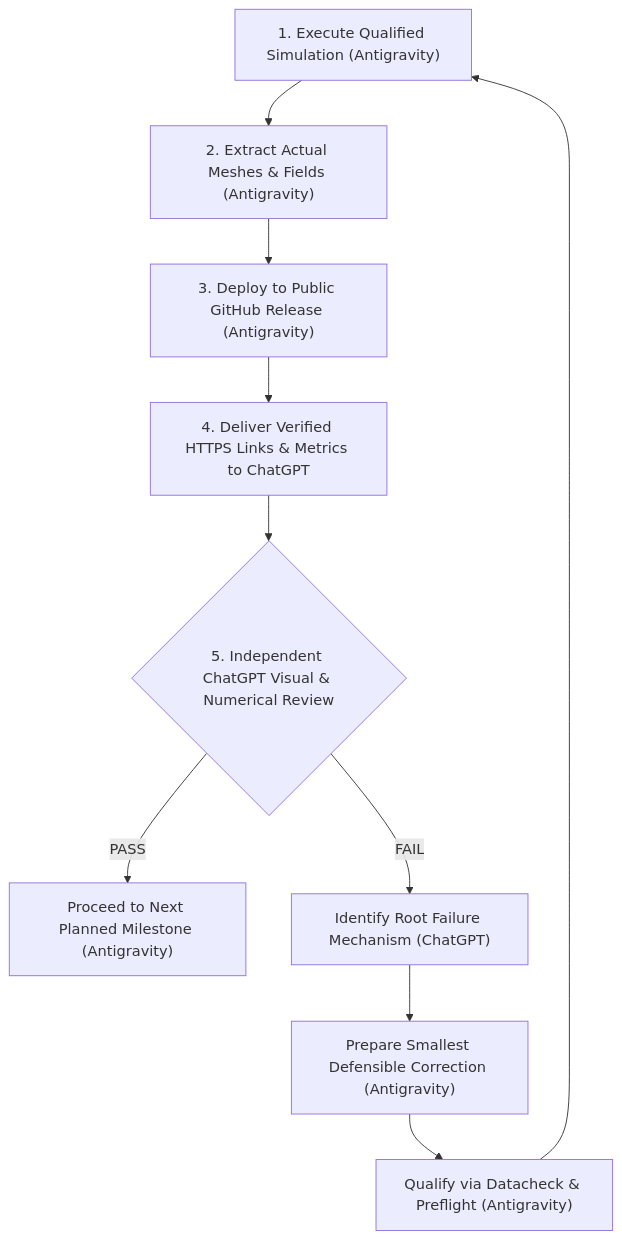
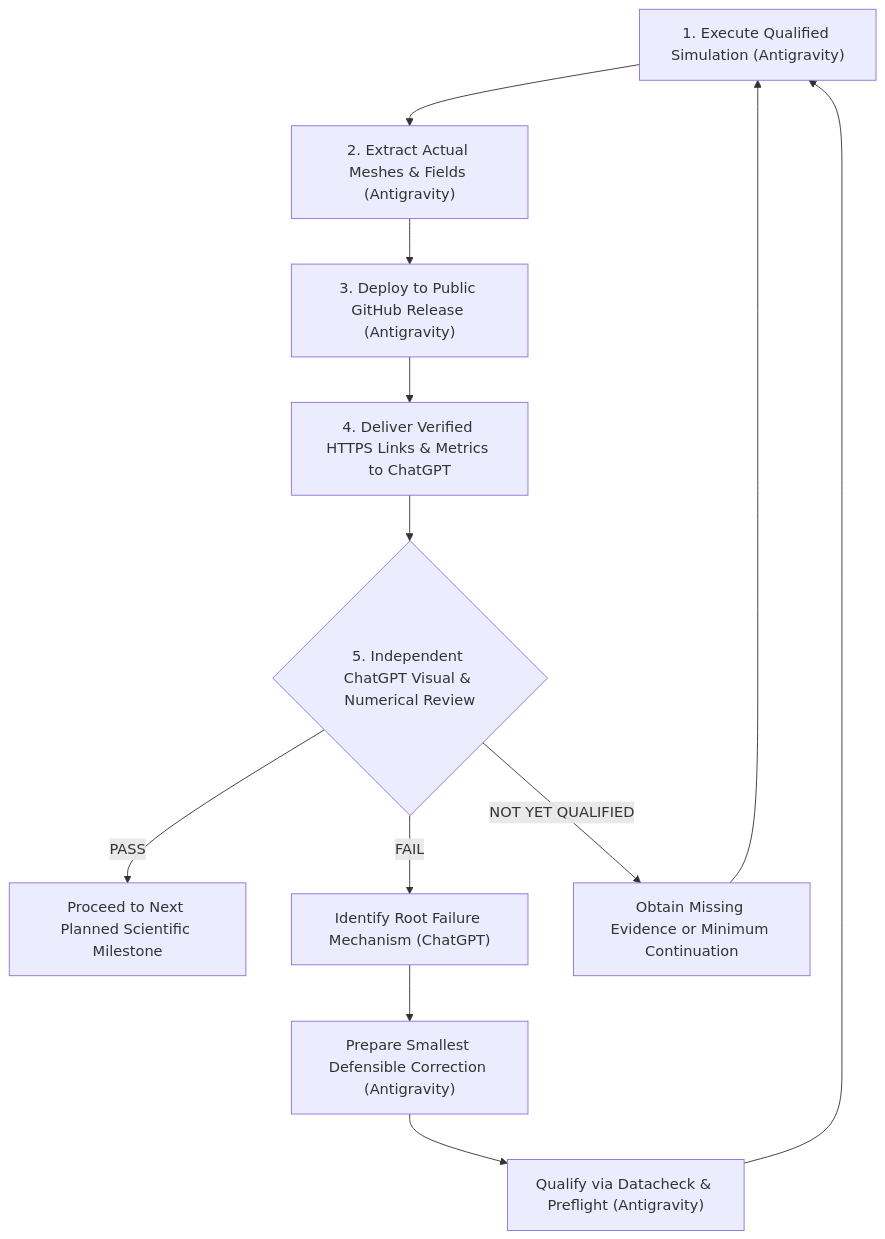
One commit to PRVSTUDENT/adaptive-remeshing-phase-field-thesis changed the diagram in docs/project/METHOD_C_INDEPENDENT_VALIDATION_PROTOCOL.md. Above: the diagram before and after it, drawn with Mermaid. The commit also changed other lines of this file and 8 other files, not shown here.

````diff
--- a/docs/project/METHOD_C_INDEPENDENT_VALIDATION_PROTOCOL.md
+++ b/docs/project/METHOD_C_INDEPENDENT_VALIDATION_PROTOCOL.md
@@ -13,12 +13,14 @@
 ```mermaid
 flowchart TD
     A["1. Execute Qualified Simulation (Antigravity)"] --> B["2. Extract Actual Meshes & Fields (Antigravity)"]
     B --> C["3. Deploy to Public GitHub Release (Antigravity)"]
     C --> D["4. Deliver Verified HTTPS Links & Metrics to ChatGPT"]
     D --> E{"5. Independent ChatGPT Visual & Numerical Review"}
-    E -- "PASS" --> F["Proceed to Next Planned Milestone (Antigravity)"]
+    E -- "PASS" --> F["Proceed to Next Planned Scientific Milestone"]
     E -- "FAIL" --> G["Identify Root Failure Mechanism (ChatGPT)"]
     G --> H["Prepare Smallest Defensible Correction (Antigravity)"]
     H --> I["Qualify via Datacheck & Preflight (Antigravity)"]
     I --> A
+    E -- "NOT YET QUALIFIED" --> J["Obtain Missing Evidence or Minimum Continuation"]
+    J --> A
 ```
````
